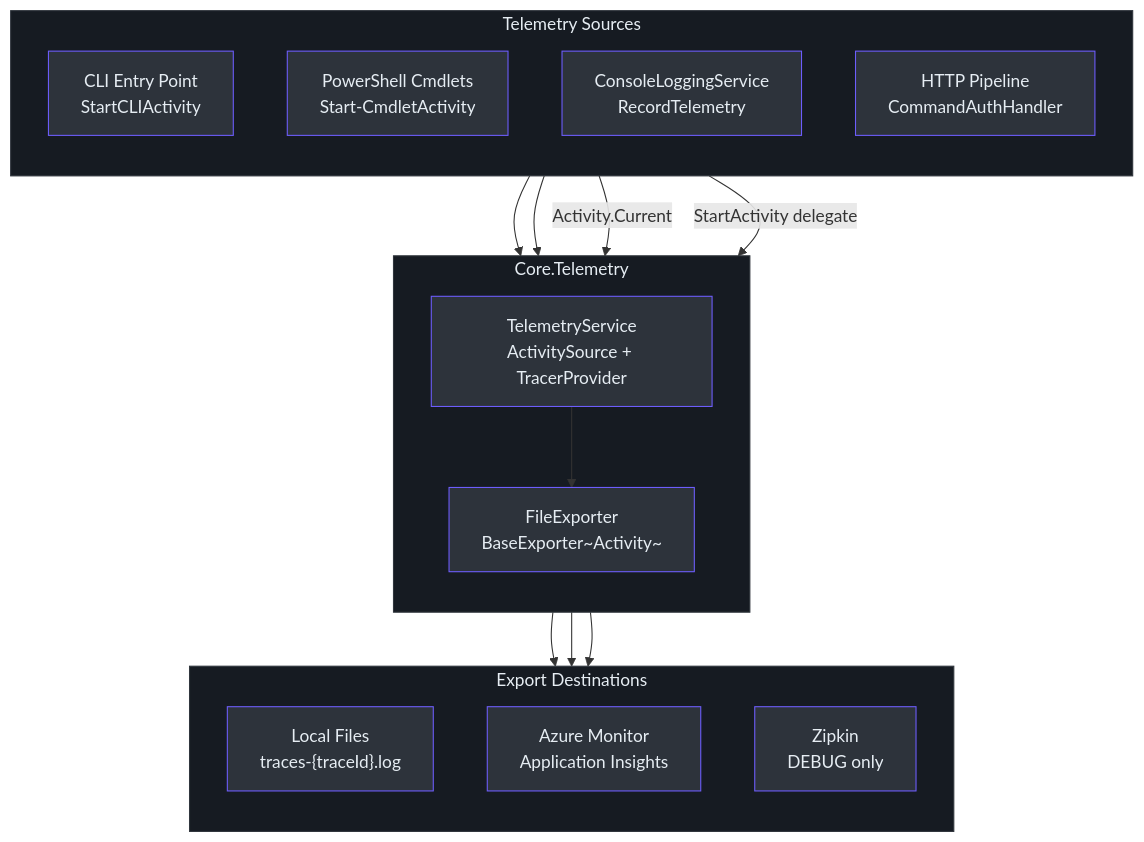
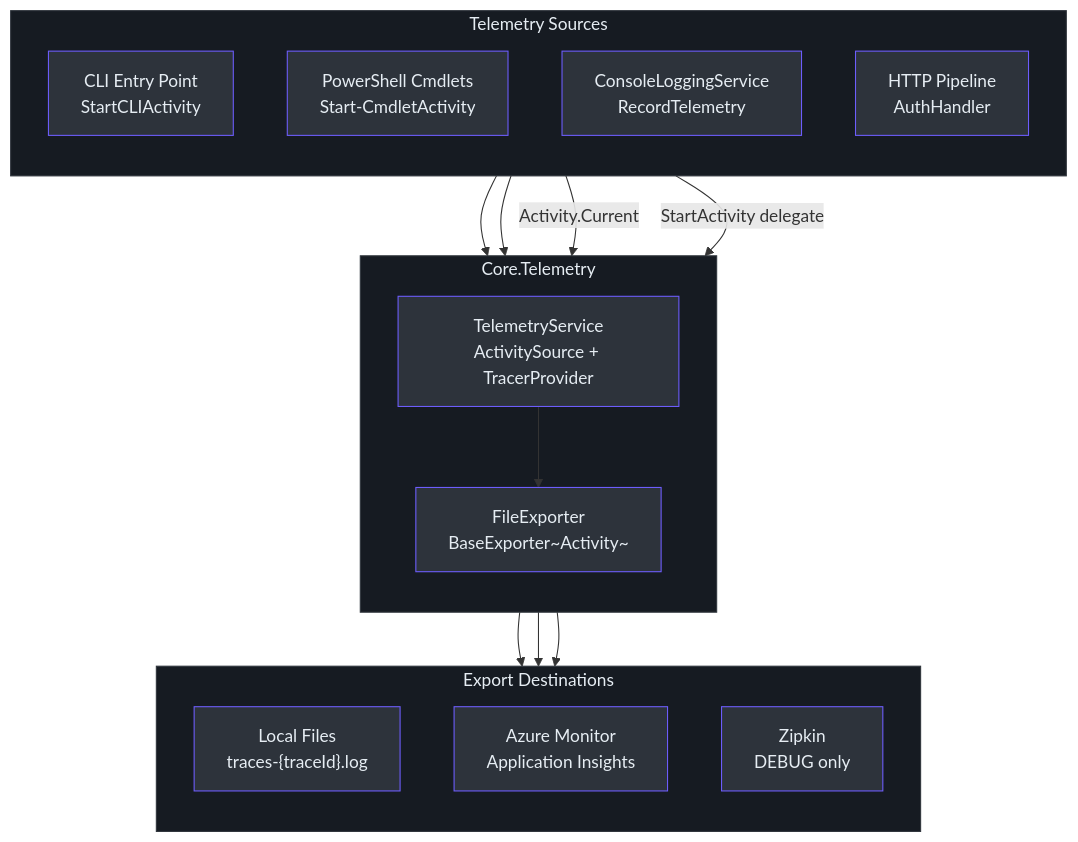
Before and after one commit to Azure/azclips: the first of 2 diagrams in wiki/02-deep-dive/telemetry.md, drawn with Mermaid. The commit also changed other lines of this file and 35 other files, not shown here.

````diff
--- a/wiki/02-deep-dive/telemetry.md
+++ b/wiki/02-deep-dive/telemetry.md
@@ -12,47 +12,47 @@
 ```mermaid
 flowchart TB
     subgraph Sources["Telemetry Sources"]
         direction TB
         CLI["CLI Entry Point<br>StartCLIActivity"]
         PS["PowerShell Cmdlets<br>Start-CmdletActivity"]
         Logging["ConsoleLoggingService<br>RecordTelemetry"]
-        Pipeline["HTTP Pipeline<br>CommandAuthHandler"]
+        Pipeline["HTTP Pipeline<br>AuthHandler"]
     end
 
     subgraph Core["Core.Telemetry"]
         direction TB
         TS["TelemetryService<br>ActivitySource + TracerProvider"]
         FE["FileExporter<br>BaseExporter~Activity~"]
     end
 
     subgraph Exports["Export Destinations"]
         direction TB
         File["Local Files<br>traces-{traceId}.log"]
         AzMon["Azure Monitor<br>Application Insights"]
         Zip["Zipkin<br>DEBUG only"]
     end
 
     CLI --> TS
     PS --> TS
     Logging -->|Activity.Current| TS
     Pipeline -->|StartActivity delegate| TS
 
     TS --> FE
     TS --> AzMon
     TS --> Zip
 
     FE --> File
 
     style Sources fill:#161b22,stroke:#30363d,color:#e6edf3
     style Core fill:#161b22,stroke:#30363d,color:#e6edf3
     style Exports fill:#161b22,stroke:#30363d,color:#e6edf3
     style CLI fill:#2d333b,stroke:#6d5dfc,color:#e6edf3
     style PS fill:#2d333b,stroke:#6d5dfc,color:#e6edf3
     style Logging fill:#2d333b,stroke:#6d5dfc,color:#e6edf3
     style Pipeline fill:#2d333b,stroke:#6d5dfc,color:#e6edf3
     style TS fill:#2d333b,stroke:#6d5dfc,color:#e6edf3
     style FE fill:#2d333b,stroke:#6d5dfc,color:#e6edf3
     style File fill:#2d333b,stroke:#6d5dfc,color:#e6edf3
     style AzMon fill:#2d333b,stroke:#6d5dfc,color:#e6edf3
     style Zip fill:#2d333b,stroke:#6d5dfc,color:#e6edf3
 ```
````
